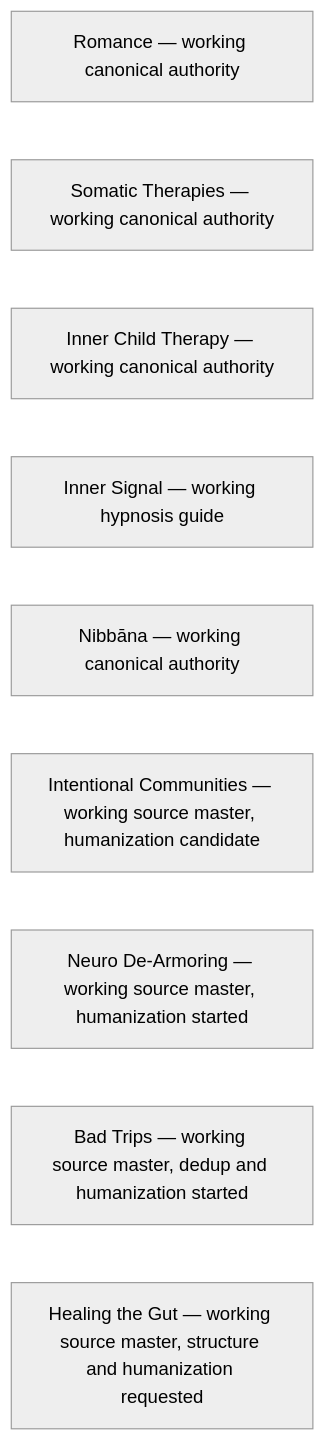
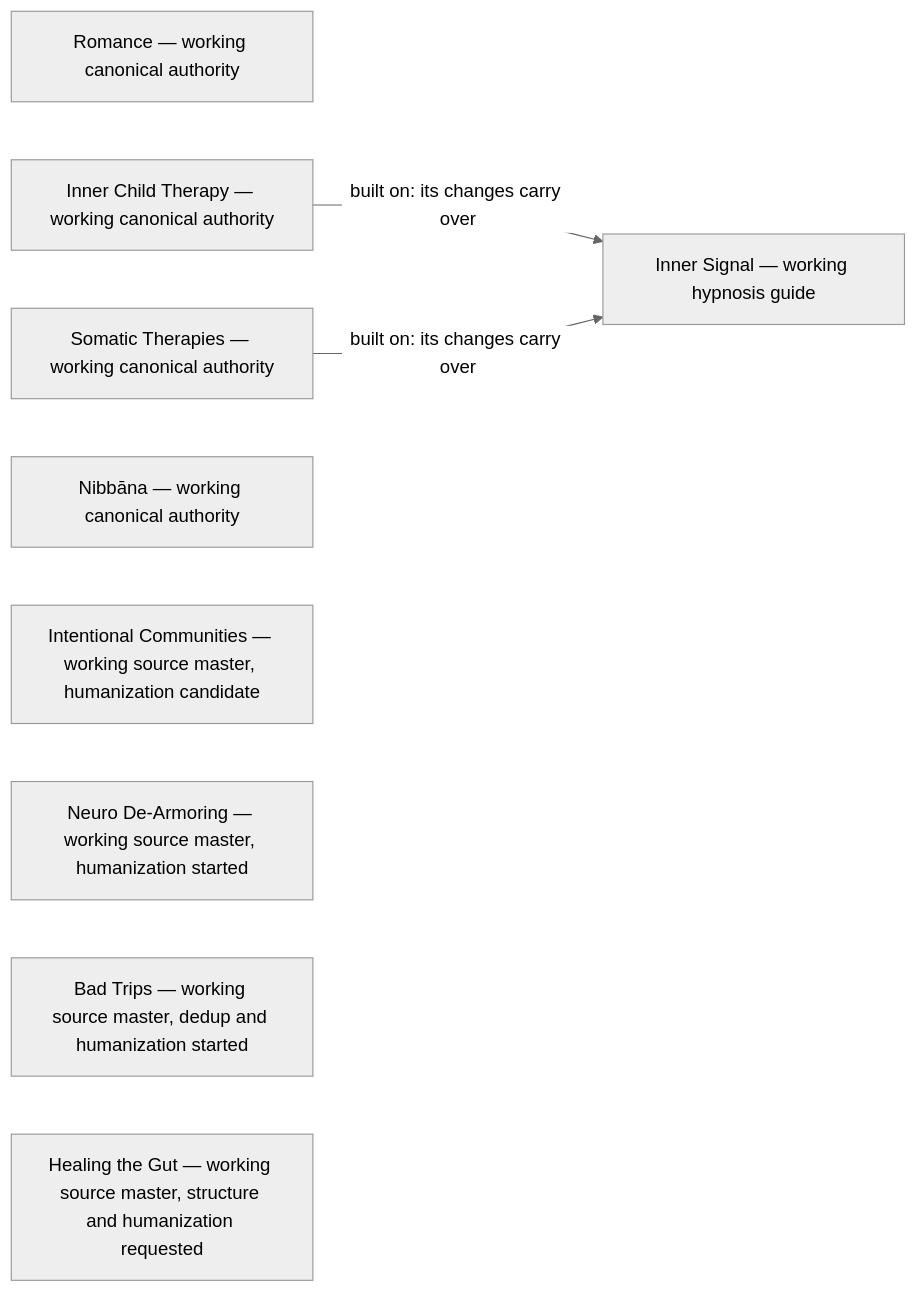
Before and after one commit to u-dont-existDOTcom/joel-articles: the diagram in ARTICLE-META-MAP.md, drawn with Mermaid (neutral theme). The commit also changed other lines of this file and 23 other files, not shown here.

First line of the commit message:
Self-Hypnosis contents: Systema beside Buteyko (T7, S122); posts built on other posts (lesson toc-2026-11-24b)

````diff
--- a/ARTICLE-META-MAP.md
+++ b/ARTICLE-META-MAP.md
@@ -15,12 +15,14 @@
 ```mermaid
 flowchart LR
     romance["Romance — working canonical authority"]
     somatic["Somatic Therapies — working canonical authority"]
     innerchild["Inner Child Therapy — working canonical authority"]
     hypnosis["Inner Signal — working hypnosis guide"]
     nibbana["Nibbāna — working canonical authority"]
     communities["Intentional Communities — working source master, humanization candidate"]
     neuro["Neuro De-Armoring — working source master, humanization started"]
     badtrips["Bad Trips — working source master, dedup and humanization started"]
     gut["Healing the Gut — working source master, structure and humanization requested"]
+    innerchild -->|"built on: its changes carry over"| hypnosis
+    somatic -->|"built on: its changes carry over"| hypnosis
 ```
````
